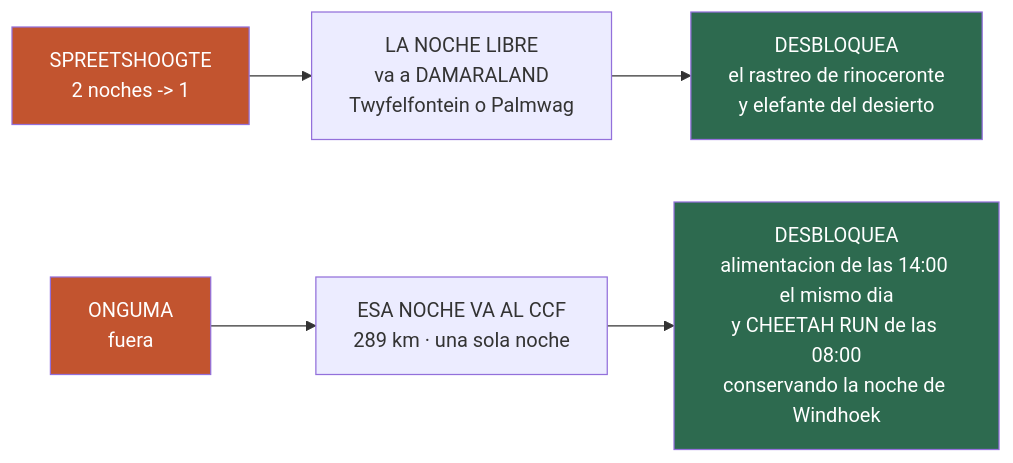
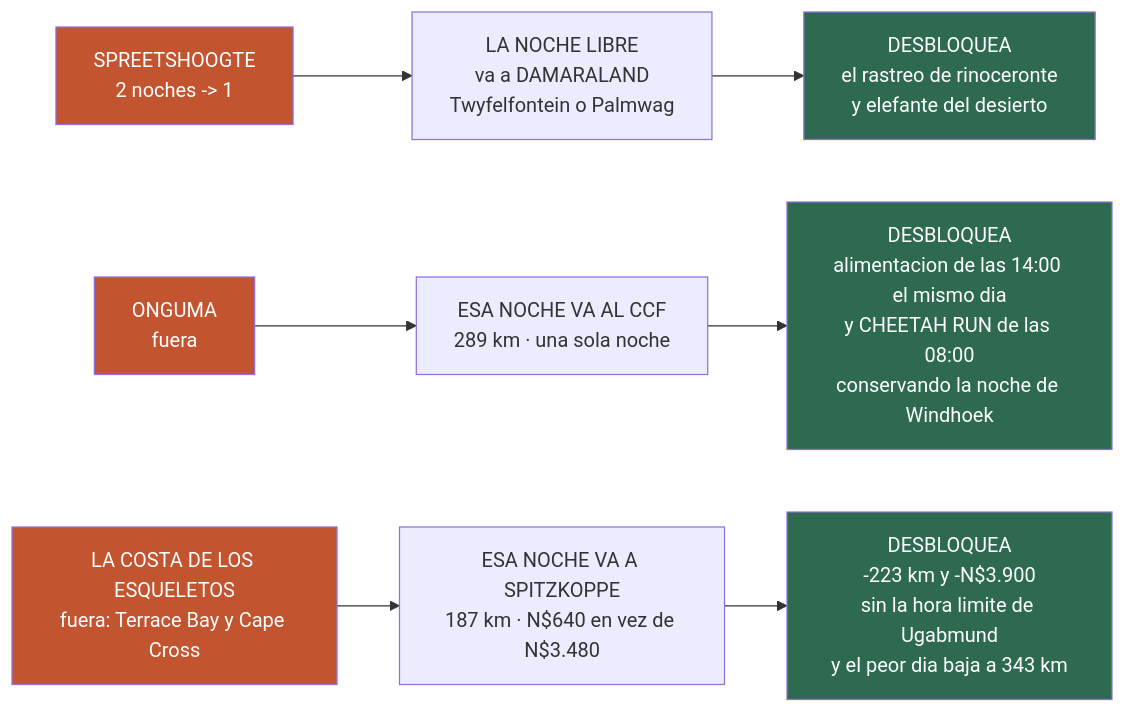
One commit to morandeirachema/namibia changed the diagram in 24-ruta-alternativa.md. Above: the diagram before and after it, drawn with Mermaid. The commit also changed other lines of this file and 16 other files, not shown here.

````diff
--- a/24-ruta-alternativa.md
+++ b/24-ruta-alternativa.md
@@ -67,12 +89,16 @@
 ```mermaid
 flowchart LR
 %% ancho
     A["SPREETSHOOGTE<br/>2 noches -> 1"] --> B["LA NOCHE LIBRE<br/>va a DAMARALAND<br/>Twyfelfontein o Palmwag"]
     B --> C["DESBLOQUEA<br/>el rastreo de rinoceronte<br/>y elefante del desierto"]
     D["ONGUMA<br/>fuera"] --> E["ESA NOCHE VA AL CCF<br/>289 km · una sola noche"]
     E --> F["DESBLOQUEA<br/>alimentacion de las 14:00 el mismo dia<br/>y CHEETAH RUN de las 08:00<br/>conservando la noche de Windhoek"]
+    G["LA COSTA DE LOS ESQUELETOS<br/>fuera: Terrace Bay y Cape Cross"] --> H["ESA NOCHE VA A SPITZKOPPE<br/>187 km · N$640 en vez de N$3.480"]
+    H --> I["DESBLOQUEA<br/>-223 km y -N$3.900<br/>sin la hora limite de Ugabmund<br/>y el peor dia baja a 343 km"]
     style A fill:#C2542F,color:#fff
     style D fill:#C2542F,color:#fff
+    style G fill:#C2542F,color:#fff
     style C fill:#2d6a4f,color:#fff
     style F fill:#2d6a4f,color:#fff
+    style I fill:#2d6a4f,color:#fff
 ```
````
